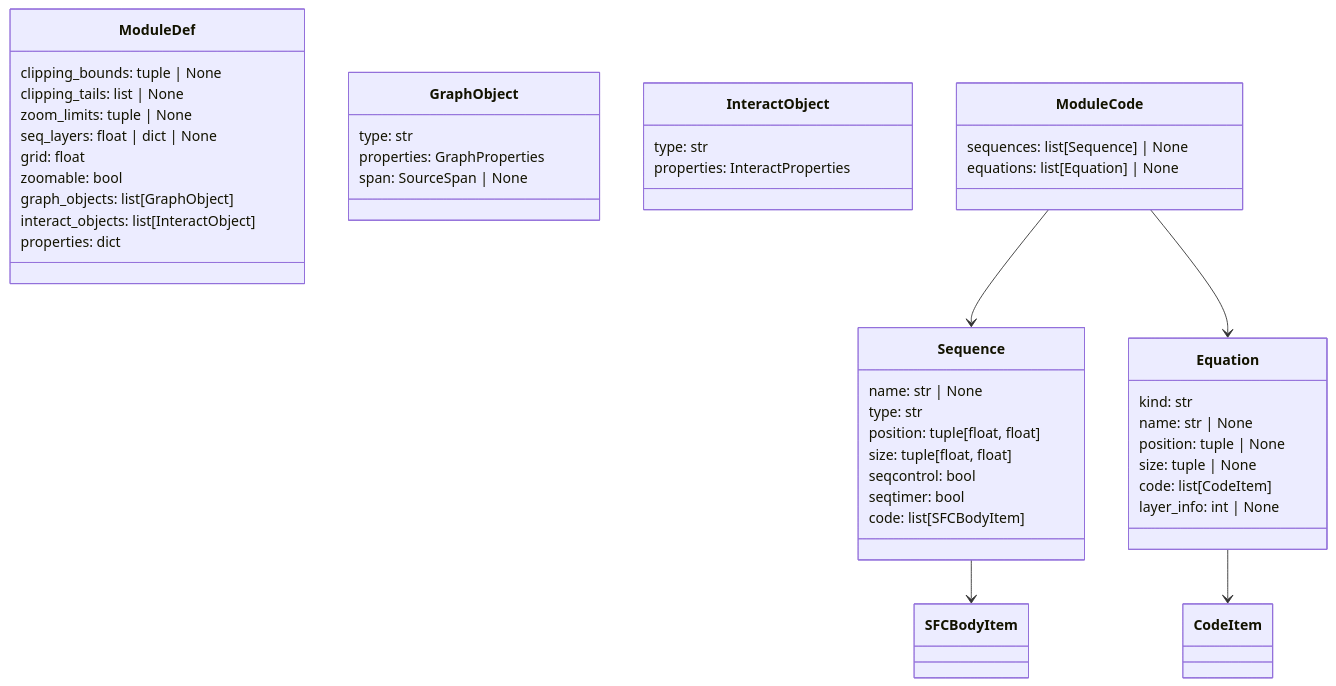
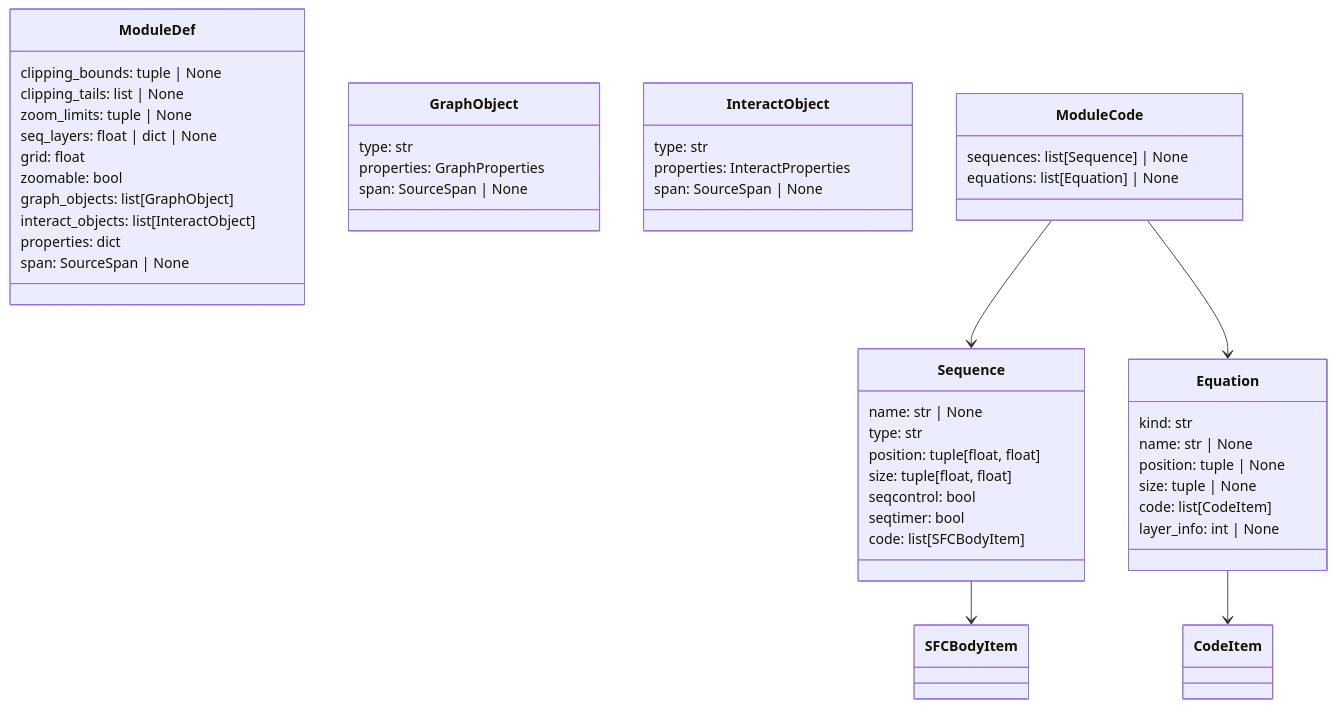
The third of 6 diagrams in docs/ast.md (SorenHJohansen/sattline-parser), drawn with Mermaid before and after one commit. The commit also changed other lines of this file and 20 other files, not shown here.

````diff
--- a/docs/ast.md
+++ b/docs/ast.md
@@ -175,54 +175,56 @@
 ```mermaid
 classDiagram
     class ModuleDef {
         clipping_bounds: tuple | None
         clipping_tails: list | None
         zoom_limits: tuple | None
         seq_layers: float | dict | None
         grid: float
         zoomable: bool
         graph_objects: list[GraphObject]
         interact_objects: list[InteractObject]
         properties: dict
+        span: SourceSpan | None
     }
 
     class GraphObject {
         type: str
         properties: GraphProperties
         span: SourceSpan | None
     }
 
     class InteractObject {
         type: str
         properties: InteractProperties
+        span: SourceSpan | None
     }
 
     class ModuleCode {
         sequences: list[Sequence] | None
         equations: list[Equation] | None
     }
 
     class Sequence {
         name: str | None
         type: str
         position: tuple[float, float]
         size: tuple[float, float]
         seqcontrol: bool
         seqtimer: bool
         code: list[SFCBodyItem]
     }
 
     class Equation {
         kind: str
         name: str | None
         position: tuple | None
         size: tuple | None
         code: list[CodeItem]
         layer_info: int | None
     }
 
     ModuleCode --> Sequence
     ModuleCode --> Equation
     Sequence --> SFCBodyItem
     Equation --> CodeItem
 ```
````
